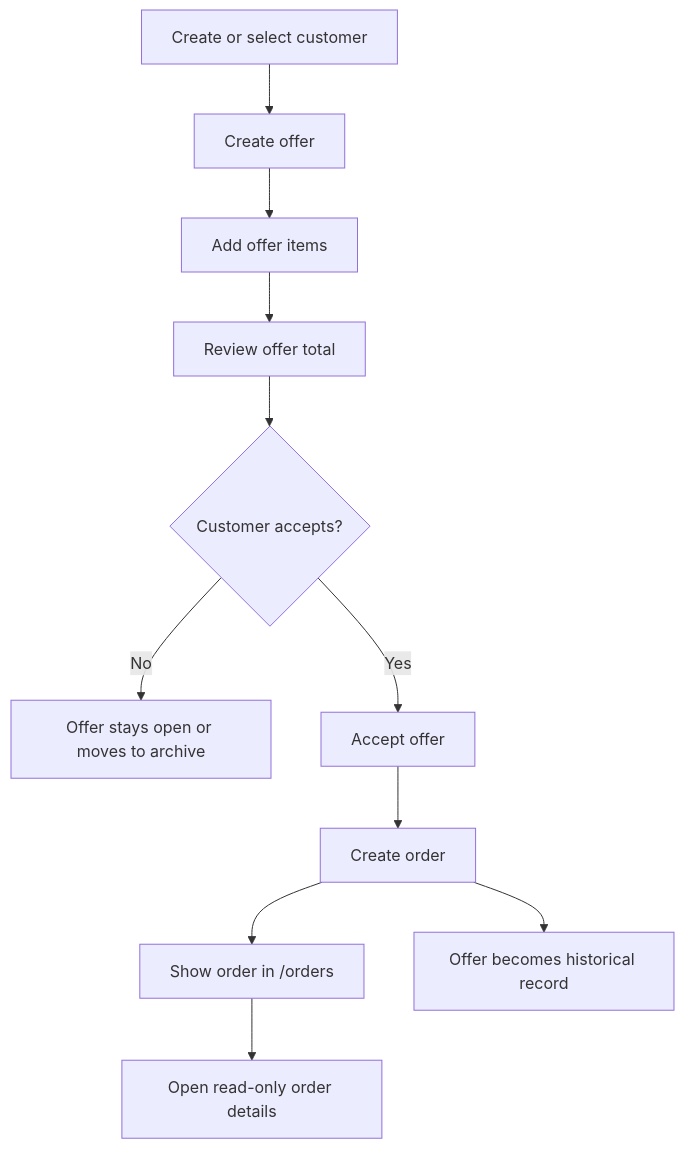
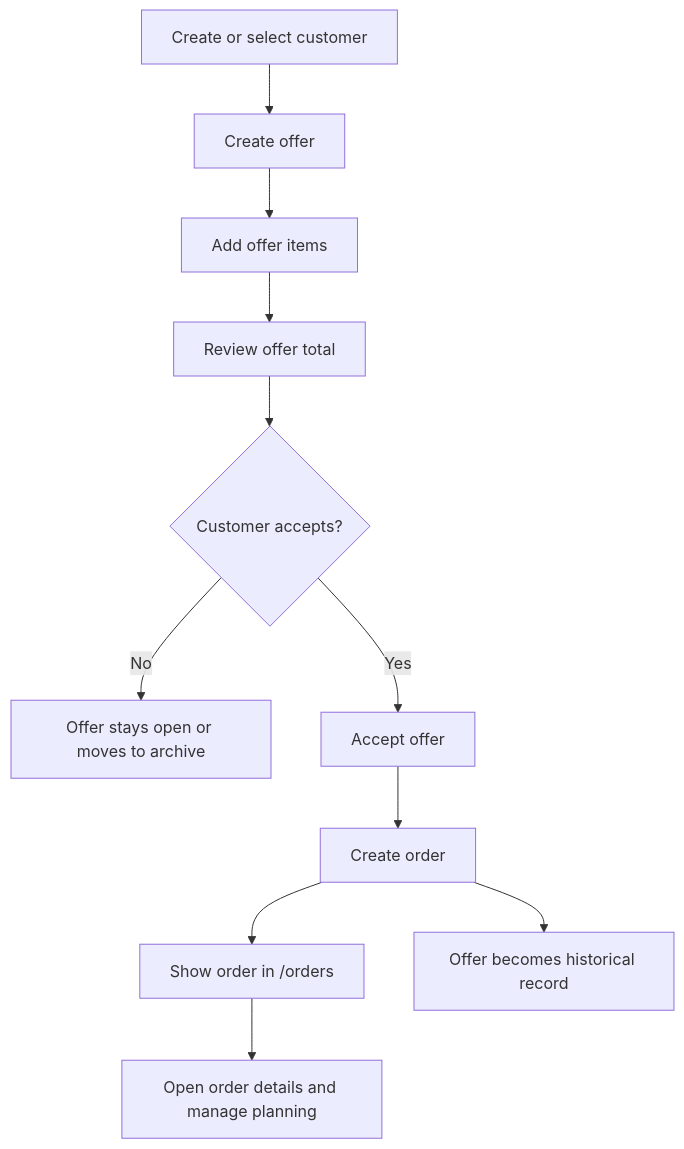
One commit to aaronddecker/gartenzwerge-offer-management changed the third of 3 diagrams in docs/frontend/frontend-architecture.md. Above: the diagram before and after it, drawn with Mermaid. The commit also changed other lines of this file and 9 other files, not shown here.

First line of the commit message:
feat: add order planning and status management UI (#16)

````diff
--- a/docs/frontend/frontend-architecture.md
+++ b/docs/frontend/frontend-architecture.md
@@ -223,13 +223,13 @@
 ```mermaid
 flowchart TD
     A[Create or select customer] --> B[Create offer]
     B --> C[Add offer items]
     C --> D[Review offer total]
     D --> E{Customer accepts?}
     E -->|No| F[Offer stays open or moves to archive]
     E -->|Yes| G[Accept offer]
     G --> H[Create order]
     H --> I[Show order in /orders]
-    I --> J[Open read-only order details]
+    I --> J[Open order details and manage planning]
     H --> K[Offer becomes historical record]
 ```
````
